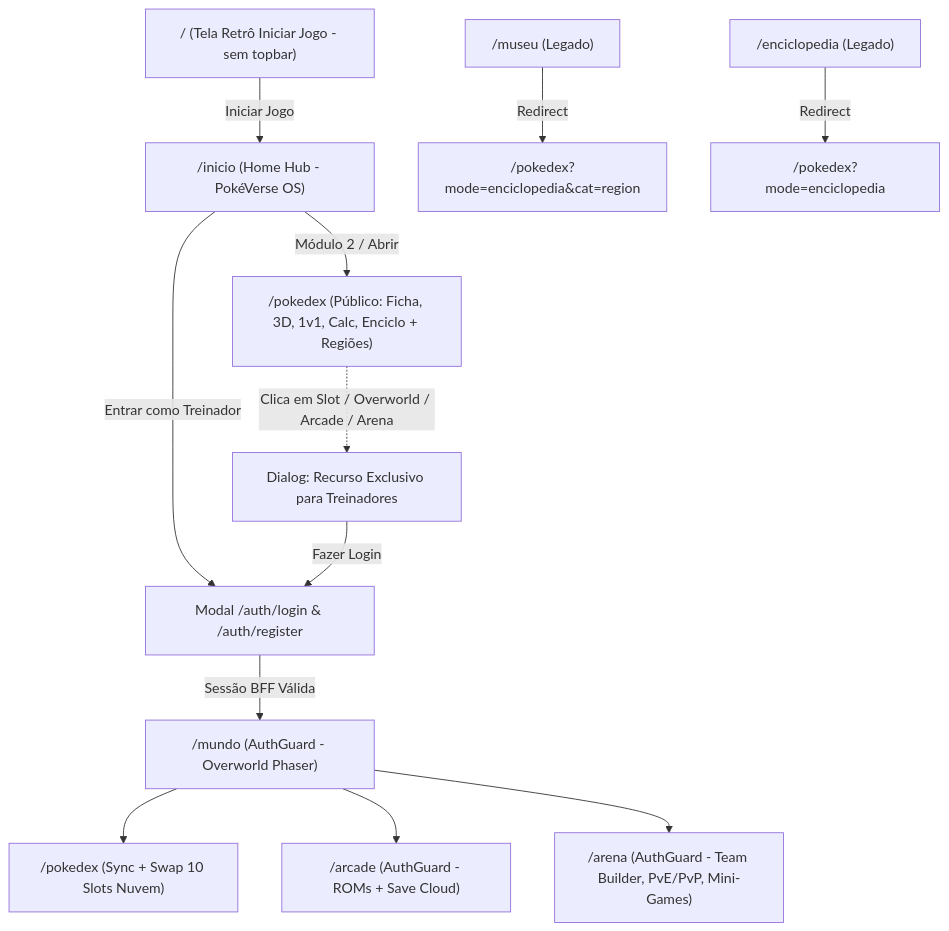
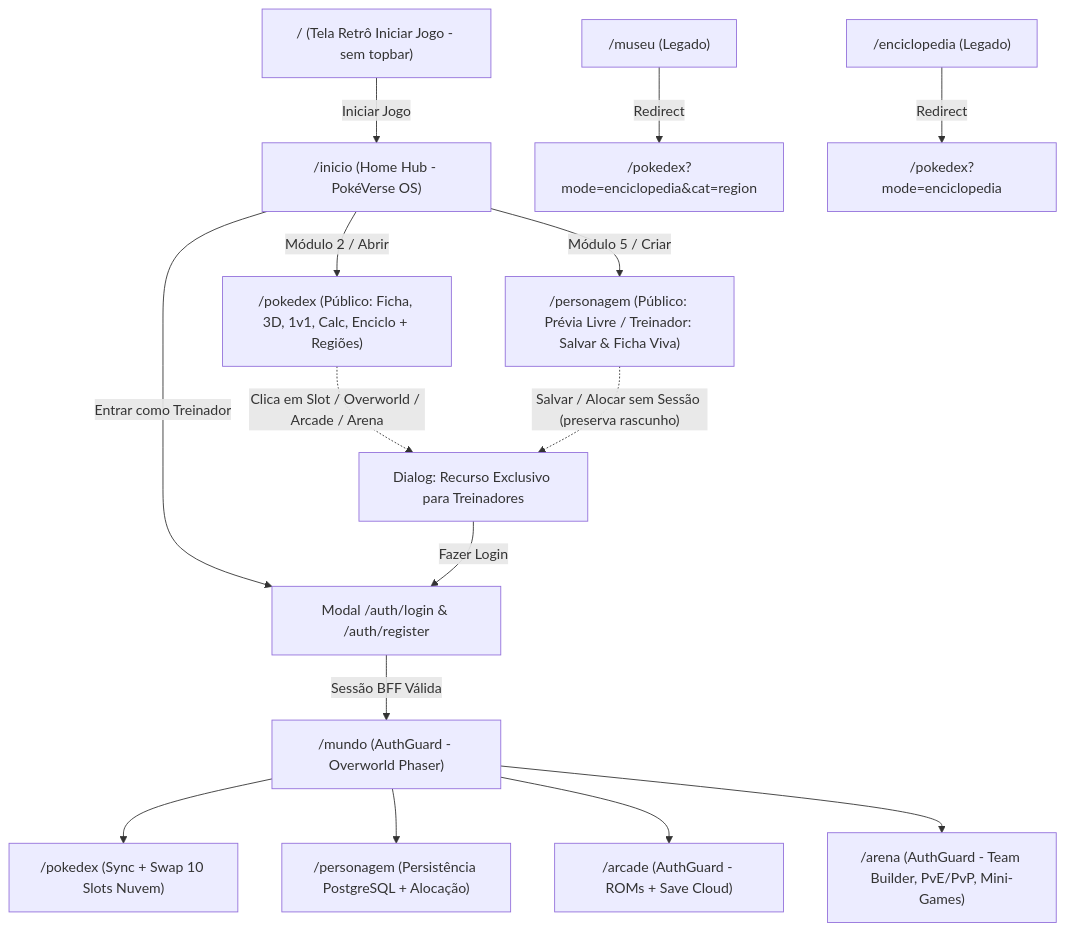
The diagram in docs/02-frontend-angular-hud-e-estado.md (Digooow/pokedex-frontend), drawn with Mermaid before and after one commit. The commit also changed other lines of this file and 10 other files, not shown here.

````diff
--- a/docs/02-frontend-angular-hud-e-estado.md
+++ b/docs/02-frontend-angular-hud-e-estado.md
@@ -16,16 +16,19 @@
 ```mermaid
 flowchart TD
   Root["/ (Tela Retrô Iniciar Jogo - sem topbar)"] -->|"Iniciar Jogo"| HubRoute["/inicio (Home Hub - PokéVerse OS)"]
   HubRoute -->|"Módulo 2 / Abrir"| PokedexRoute["/pokedex (Público: Ficha, 3D, 1v1, Calc, Enciclo + Regiões)"]
+  HubRoute -->|"Módulo 5 / Criar"| CharacterRoute["/personagem (Público: Prévia Livre / Treinador: Salvar & Ficha Viva)"]
   MuseumRoute["/museu (Legado)"] -->|"Redirect"| PokedexReg["/pokedex?mode=enciclopedia&cat=region"]
   EncRoute["/enciclopedia (Legado)"] -->|"Redirect"| PokedexEnc["/pokedex?mode=enciclopedia"]
   HubRoute -->|"Entrar como Treinador"| LoginModal["Modal /auth/login & /auth/register"]
 
   LoginModal -->|"Sessão BFF Válida"| OverworldRoute["/mundo (AuthGuard - Overworld Phaser)"]
   OverworldRoute --> PokedexCloud["/pokedex (Sync + Swap 10 Slots Nuvem)"]
+  OverworldRoute --> CharacterCloud["/personagem (Persistência PostgreSQL + Alocação)"]
   OverworldRoute --> ArcadeRoute["/arcade (AuthGuard - ROMs + Save Cloud)"]
   OverworldRoute --> ArenaRoute["/arena (AuthGuard - Team Builder, PvE/PvP, Mini-Games)"]
 
   PokedexRoute -.->|"Clica em Slot / Overworld / Arcade / Arena"| LockedPrompt["Dialog: Recurso Exclusivo para Treinadores"]
+  CharacterRoute -.->|"Salvar / Alocar sem Sessão (preserva rascunho)"| LockedPrompt
   LockedPrompt -->|"Fazer Login"| LoginModal
 ```
````
